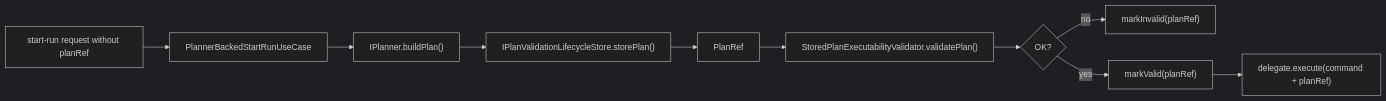
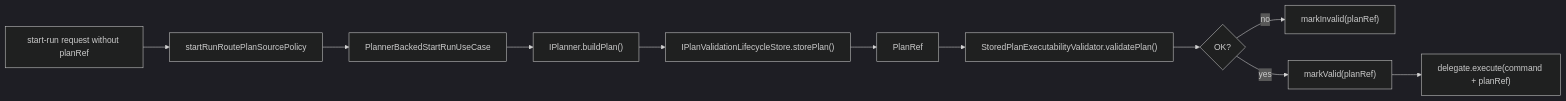
The third of 3 diagrams in docs/planning/status/planner-current-state-assessment.md (dunay2/dvt), drawn with Mermaid (dark theme) before and after one commit. The commit also changed other lines of this file and 46 other files, not shown here.

Commit message:
refactor(planner): Hard-cut runtime ingress to canonical graphSource

````diff
--- a/docs/planning/status/planner-current-state-assessment.md
+++ b/docs/planning/status/planner-current-state-assessment.md
@@ -129,12 +183,13 @@
 ```mermaid
 flowchart LR
-    Request["start-run request without planRef"] --> UseCase["PlannerBackedStartRunUseCase"]
+    Request["start-run request without planRef"] --> Policy["startRunRoutePlanSourcePolicy"]
+    Policy --> UseCase["PlannerBackedStartRunUseCase"]
     UseCase --> Planner["IPlanner.buildPlan()"]
     Planner --> Store["IPlanValidationLifecycleStore.storePlan()"]
     Store --> Ref["PlanRef"]
     Ref --> Validate["StoredPlanExecutabilityValidator.validatePlan()"]
     Validate --> Decision{"OK?"}
     Decision -- no --> Invalid["markInvalid(planRef)"]
     Decision -- yes --> Valid["markValid(planRef)"]
     Valid --> Delegate["delegate.execute(command + planRef)"]
 ```
````
